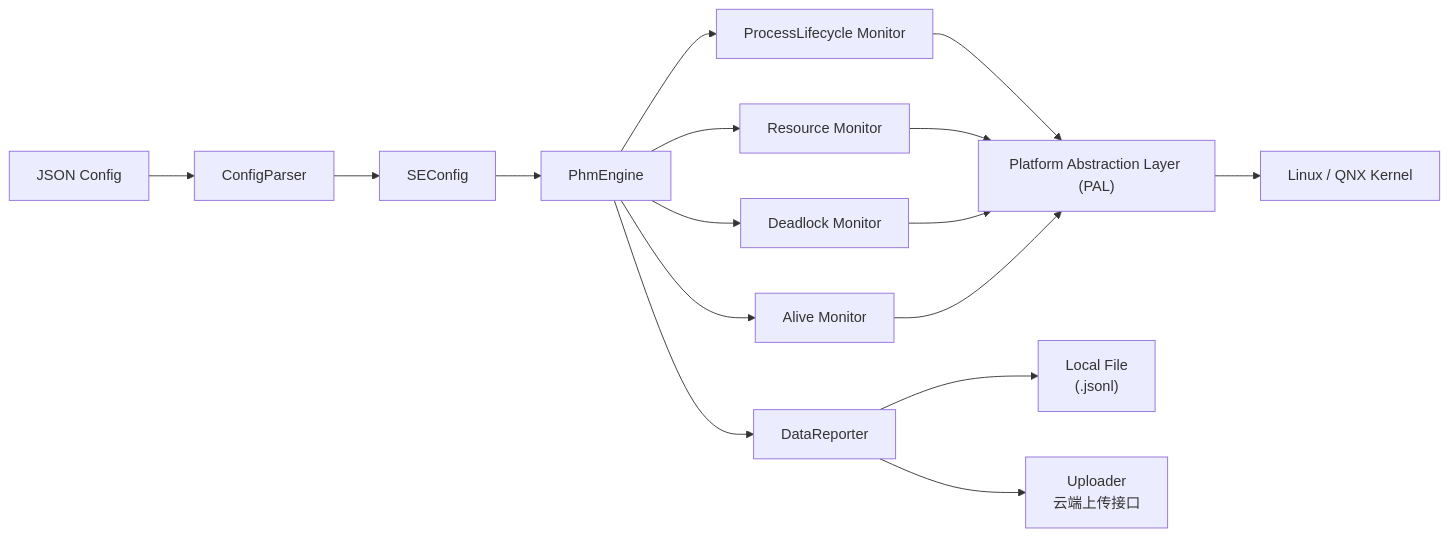
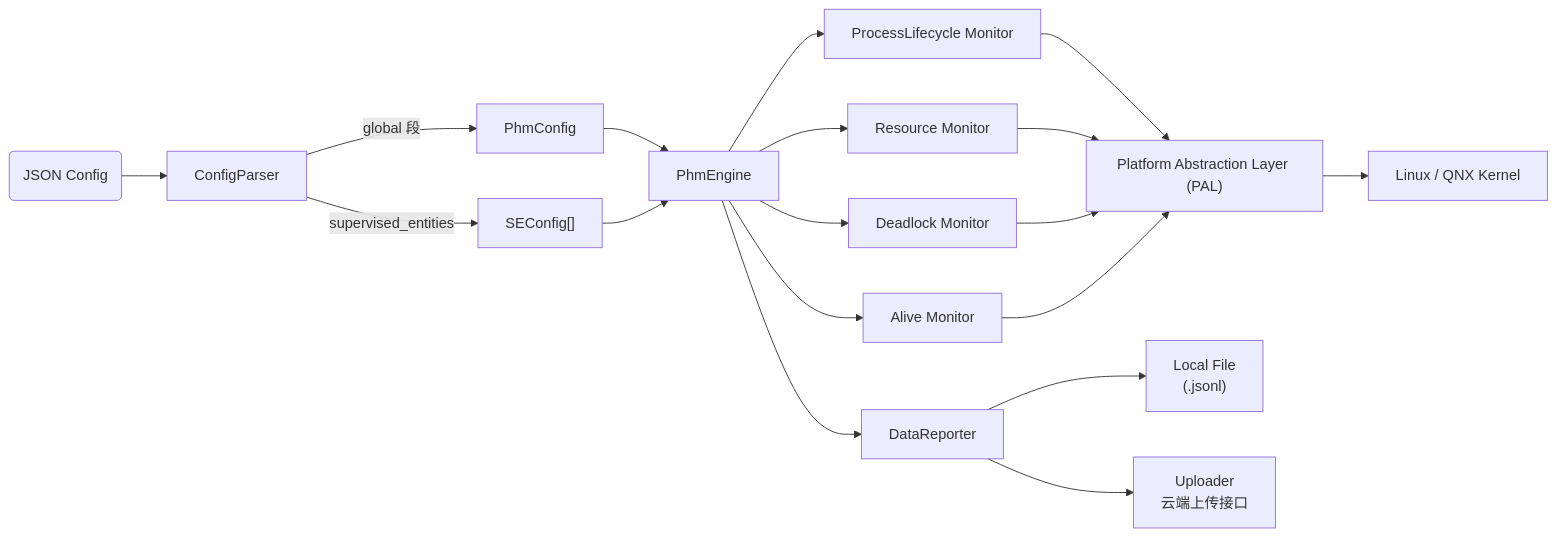
Before and after one commit to DustEater/phm: the third of 7 diagrams in doc/spec.md, drawn with Mermaid. The commit also changed other lines of this file and 18 other files, not shown here.

````diff
--- a/doc/spec.md
+++ b/doc/spec.md
@@ -99,22 +99,24 @@
 ```mermaid
 flowchart LR
-    CFG["JSON Config"] --> CP["ConfigParser"]
-    CP --> SEC["SEConfig"]
-    SEC --> PE["PhmEngine"]
+    CFG("JSON Config") --> CP["ConfigParser"]
+    CP -->|"global 段"| GBL["PhmConfig"]
+    CP -->|"supervised_entities"| SEC["SEConfig[]"]
+    GBL --> PE["PhmEngine"]
+    SEC --> PE
 
     PE --> PLM["ProcessLifecycle Monitor"]
     PE --> RM["Resource Monitor"]
     PE --> DM["Deadlock Monitor"]
     PE --> AM["Alive Monitor"]
 
     PLM --> PAL["Platform Abstraction Layer (PAL)"]
     RM --> PAL
     DM --> PAL
     AM --> PAL
 
     PAL --> KERNEL["Linux / QNX Kernel"]
 
     PE --> DR["DataReporter"]
     DR --> LOCAL["Local File\n(.jsonl)"]
     DR --> UPLOAD["Uploader\n云端上传接口"]
 ```
````
